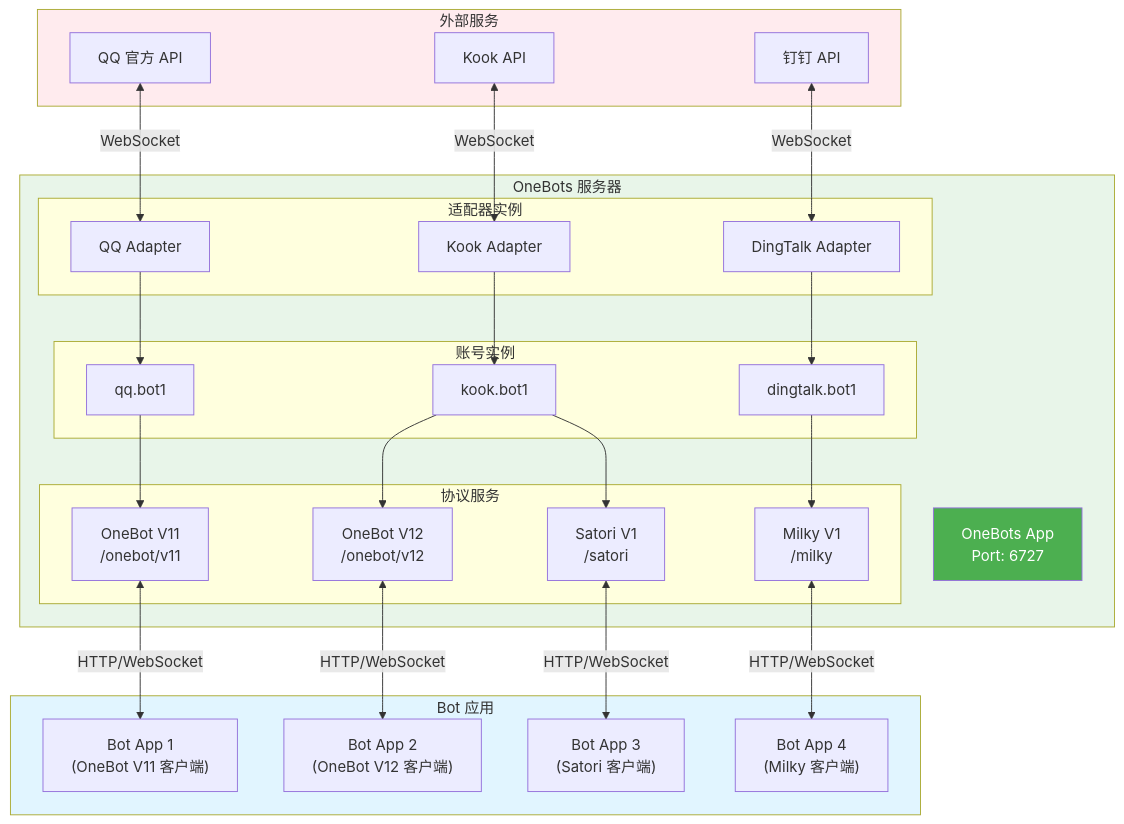
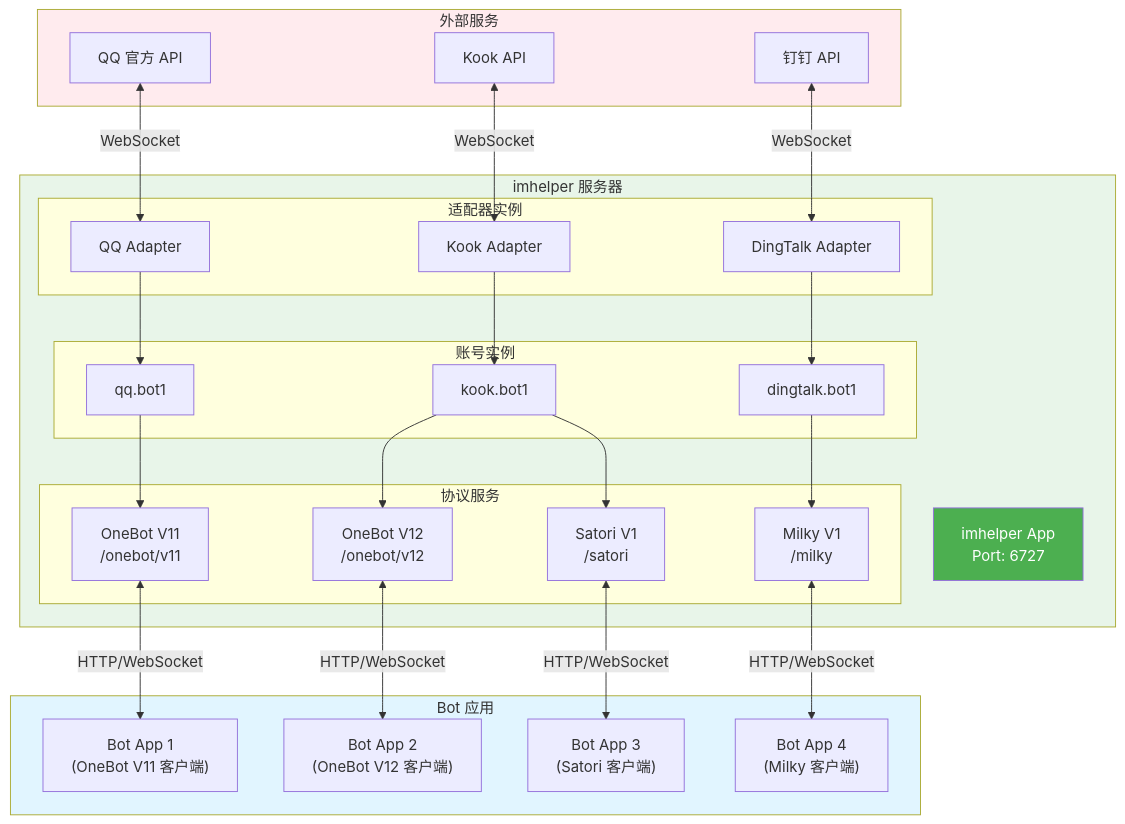
One commit to Ckid-Home/onebots changed the ninth of 9 diagrams in architecture-diagrams.md. Above: the diagram before and after it, drawn with Mermaid. The commit also changed other lines of this file and 294 other files, not shown here.

````diff
--- a/architecture-diagrams.md
+++ b/architecture-diagrams.md
@@ -543,64 +543,64 @@
 ```mermaid
 graph TB
     subgraph External["外部服务"]
         QQ_API["QQ 官方 API"]
         Kook_API["Kook API"]
         DingTalk_API["钉钉 API"]
     end
     
-    subgraph OneBots["OneBots 服务器"]
-        App["OneBots App<br/>Port: 6727"]
+    subgraph imhelper["imhelper 服务器"]
+        App["imhelper App<br/>Port: 6727"]
         
         subgraph Adapters["适配器实例"]
             QQ_Adapter["QQ Adapter"]
             Kook_Adapter["Kook Adapter"]
             DT_Adapter["DingTalk Adapter"]
         end
         
         subgraph Accounts["账号实例"]
             ACC1["qq.bot1"]
             ACC2["kook.bot1"]
             ACC3["dingtalk.bot1"]
         end
         
         subgraph Protocols["协议服务"]
             OB11_1["OneBot V11<br/>/onebot/v11"]
             OB12_1["OneBot V12<br/>/onebot/v12"]
             SAT_1["Satori V1<br/>/satori"]
             MLK_1["Milky V1<br/>/milky"]
         end
     end
     
     subgraph BotApps["Bot 应用"]
         Bot1["Bot App 1<br/>(OneBot V11 客户端)"]
         Bot2["Bot App 2<br/>(OneBot V12 客户端)"]
         Bot3["Bot App 3<br/>(Satori 客户端)"]
         Bot4["Bot App 4<br/>(Milky 客户端)"]
     end
     
     %% 外部连接
     QQ_API <-->|WebSocket| QQ_Adapter
     Kook_API <-->|WebSocket| Kook_Adapter
     DingTalk_API <-->|WebSocket| DT_Adapter
     
     %% 内部连接
     QQ_Adapter --> ACC1
     Kook_Adapter --> ACC2
     DT_Adapter --> ACC3
     
     ACC1 --> OB11_1
     ACC2 --> OB12_1
     ACC2 --> SAT_1
     ACC3 --> MLK_1
     
     %% Bot 应用连接
     OB11_1 <-->|HTTP/WebSocket| Bot1
     OB12_1 <-->|HTTP/WebSocket| Bot2
     SAT_1 <-->|HTTP/WebSocket| Bot3
     MLK_1 <-->|HTTP/WebSocket| Bot4
     
     style External fill:#ffebee
-    style OneBots fill:#e8f5e9
+    style imhelper fill:#e8f5e9
     style BotApps fill:#e1f5ff
     style App fill:#4caf50,color:#fff
 ```
````
